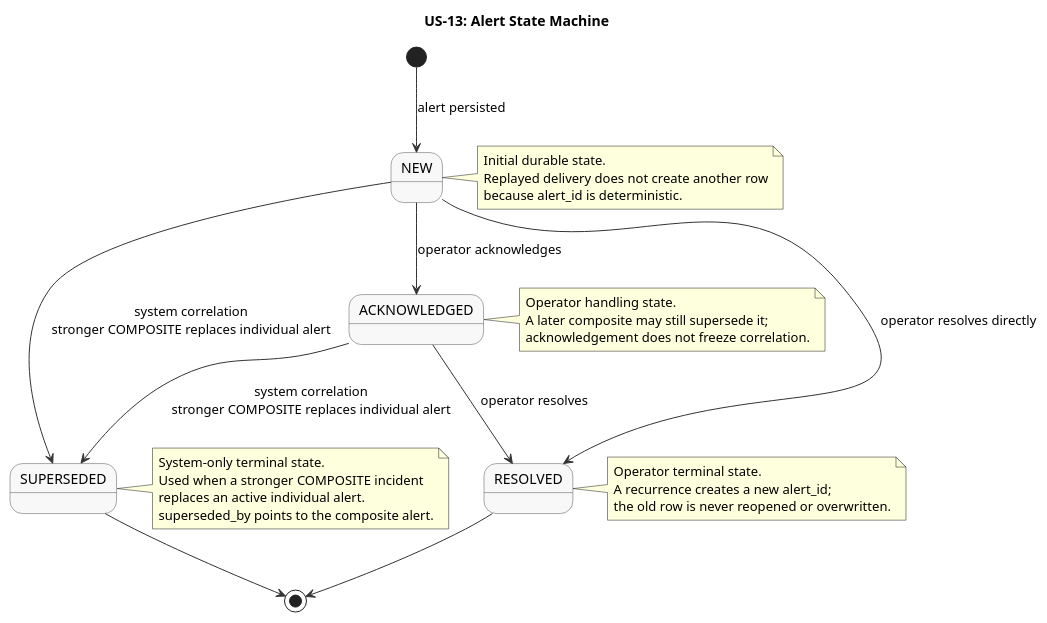
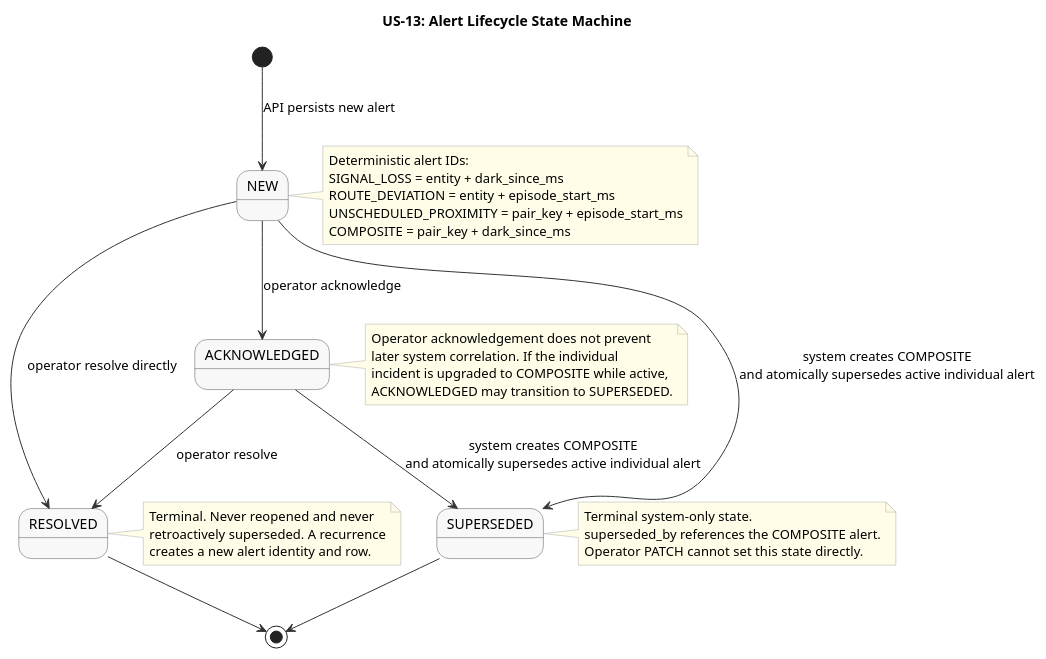
One commit to Buffden/sentinel changed the diagram in docs/use-cases/US-13-alert-lifecycle/state-transitions.puml. Above: the diagram before and after it, drawn with PlantUML. The commit also changed 27 other files, not shown here.

Commit message:
docs: align pre-coding contracts and diagrams

```diff
--- a/docs/use-cases/US-13-alert-lifecycle/state-transitions.puml
+++ b/docs/use-cases/US-13-alert-lifecycle/state-transitions.puml
@@ -1,45 +1,49 @@
 @startuml state-transitions
-title US-13: Alert State Machine
+title US-13: Alert Lifecycle State Machine
 
 skinparam stateBorderColor #555555
 skinparam stateBackgroundColor #F8F8F8
 skinparam stateArrowColor #333333
+skinparam noteBorderColor #AAAAAA
+skinparam noteBackgroundColor #FFFDE7
 
-[*] --> NEW : alert persisted
+[*] --> NEW : API persists new alert
 
-NEW --> ACKNOWLEDGED : operator acknowledges
-ACKNOWLEDGED --> RESOLVED : operator resolves
-NEW --> RESOLVED : operator resolves directly
+NEW --> ACKNOWLEDGED : operator acknowledge
+NEW --> RESOLVED : operator resolve directly
+ACKNOWLEDGED --> RESOLVED : operator resolve
 
-NEW --> SUPERSEDED : system correlation\nstronger COMPOSITE replaces individual alert
-ACKNOWLEDGED --> SUPERSEDED : system correlation\nstronger COMPOSITE replaces individual alert
+NEW --> SUPERSEDED : system creates COMPOSITE\nand atomically supersedes active individual alert
+ACKNOWLEDGED --> SUPERSEDED : system creates COMPOSITE\nand atomically supersedes active individual alert
 
 RESOLVED --> [*]
 SUPERSEDED --> [*]
 
 note right of NEW
-  Initial durable state.
-  Replayed delivery does not create another row
-  because alert_id is deterministic.
+  Deterministic alert IDs:
+  SIGNAL_LOSS = entity + dark_since_ms
+  ROUTE_DEVIATION = entity + episode_start_ms
+  UNSCHEDULED_PROXIMITY = pair_key + episode_start_ms
+  COMPOSITE = pair_key + dark_since_ms
 end note
 
 note right of ACKNOWLEDGED
-  Operator handling state.
-  A later composite may still supersede it;
-  acknowledgement does not freeze correlation.
+  Operator acknowledgement does not prevent
+  later system correlation. If the individual
+  incident is upgraded to COMPOSITE while active,
+  ACKNOWLEDGED may transition to SUPERSEDED.
+end note
+
+note right of RESOLVED
+  Terminal. Never reopened and never
+  retroactively superseded. A recurrence
+  creates a new alert identity and row.
 end note
 
 note right of SUPERSEDED
-  System-only terminal state.
-  Used when a stronger COMPOSITE incident
-  replaces an active individual alert.
-  superseded_by points to the composite alert.
-end note
-
-note right of RESOLVED
-  Operator terminal state.
-  A recurrence creates a new alert_id;
-  the old row is never reopened or overwritten.
+  Terminal system-only state.
+  superseded_by references the COMPOSITE alert.
+  Operator PATCH cannot set this state directly.
 end note
 
 @enduml
```
